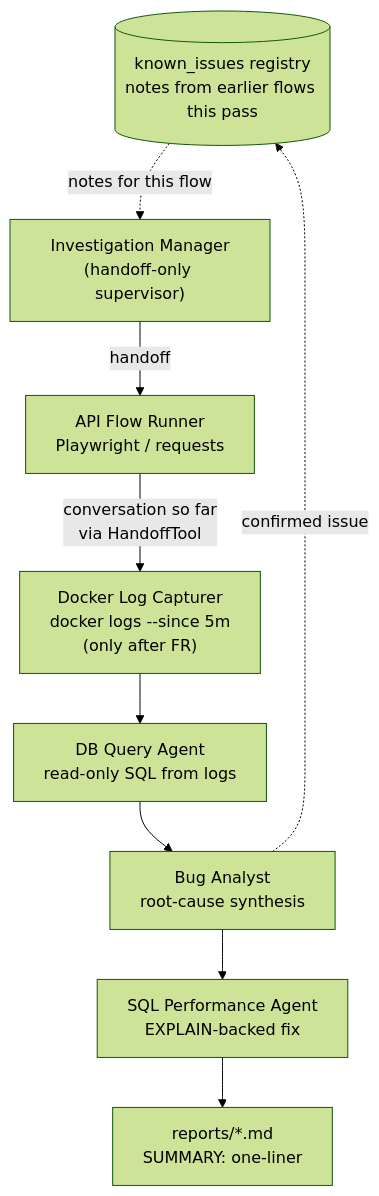
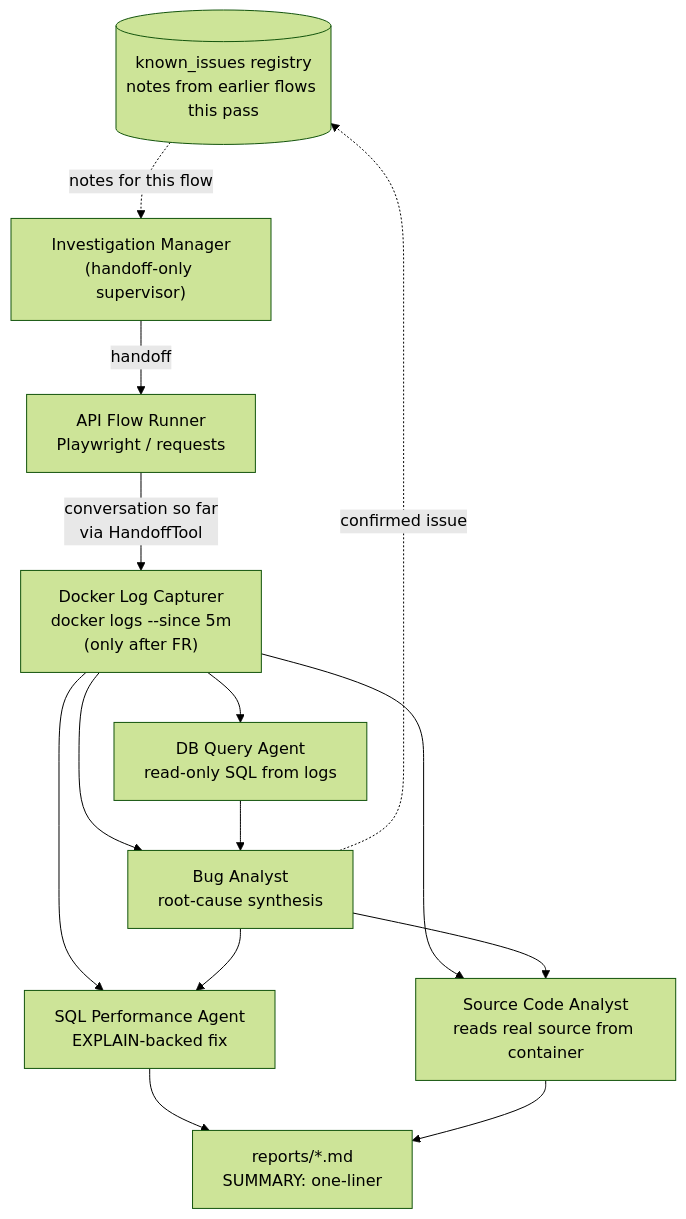
The diagram in README.md (debaditya-mohankudo/bee-bug-hunter), drawn with Mermaid (forest theme) before and after one commit. The commit also changed other lines of this file and 1 other file, not shown here.

````diff
--- a/README.md
+++ b/README.md
@@ -23,20 +25,26 @@
 ```mermaid
 flowchart TD
     KI[("known_issues registry<br/>notes from earlier flows this pass")]
     M["Investigation Manager<br/>(handoff-only supervisor)"]
     FR["API Flow Runner<br/>Playwright / requests"]
     LC["Docker Log Capturer<br/>docker logs --since 5m<br/>(only after FR)"]
     DB["DB Query Agent<br/>read-only SQL from logs"]
     BA["Bug Analyst<br/>root-cause synthesis"]
     SP["SQL Performance Agent<br/>EXPLAIN-backed fix"]
+    SC["Source Code Analyst<br/>reads real source from container"]
     R["reports/*.md<br/>SUMMARY: one-liner"]
 
     KI -.->|notes for this flow| M
     M -->|handoff| FR
     FR -->|conversation so far<br/>via HandoffTool| LC
     LC --> DB
+    LC --> BA
+    LC --> SP
+    LC --> SC
     DB --> BA
     BA -.->|confirmed issue| KI
     BA --> SP
+    BA --> SC
     SP --> R
+    SC --> R
 ```
````
